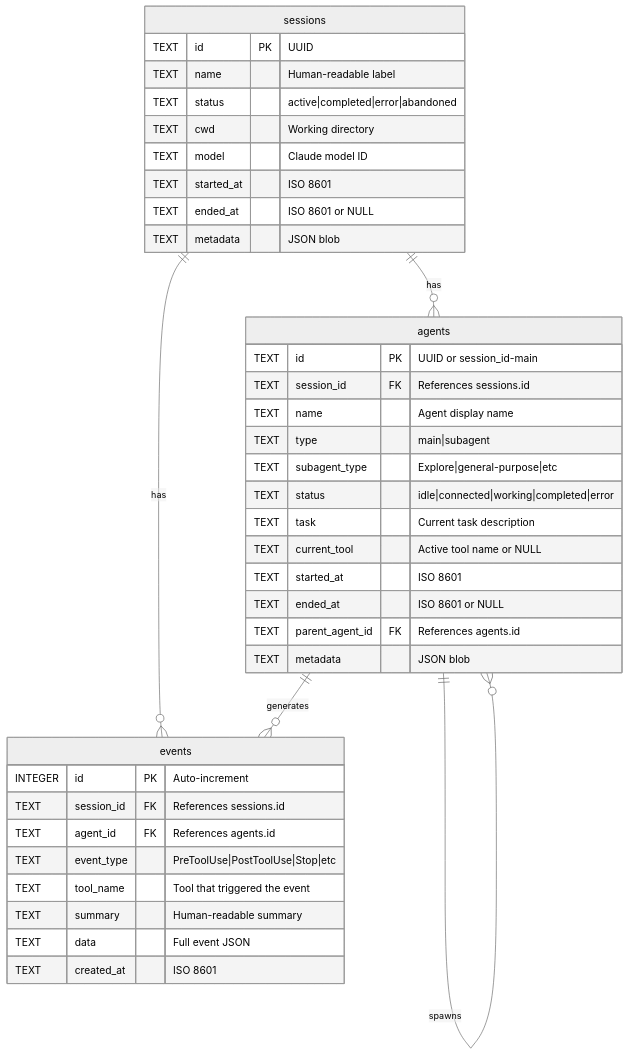
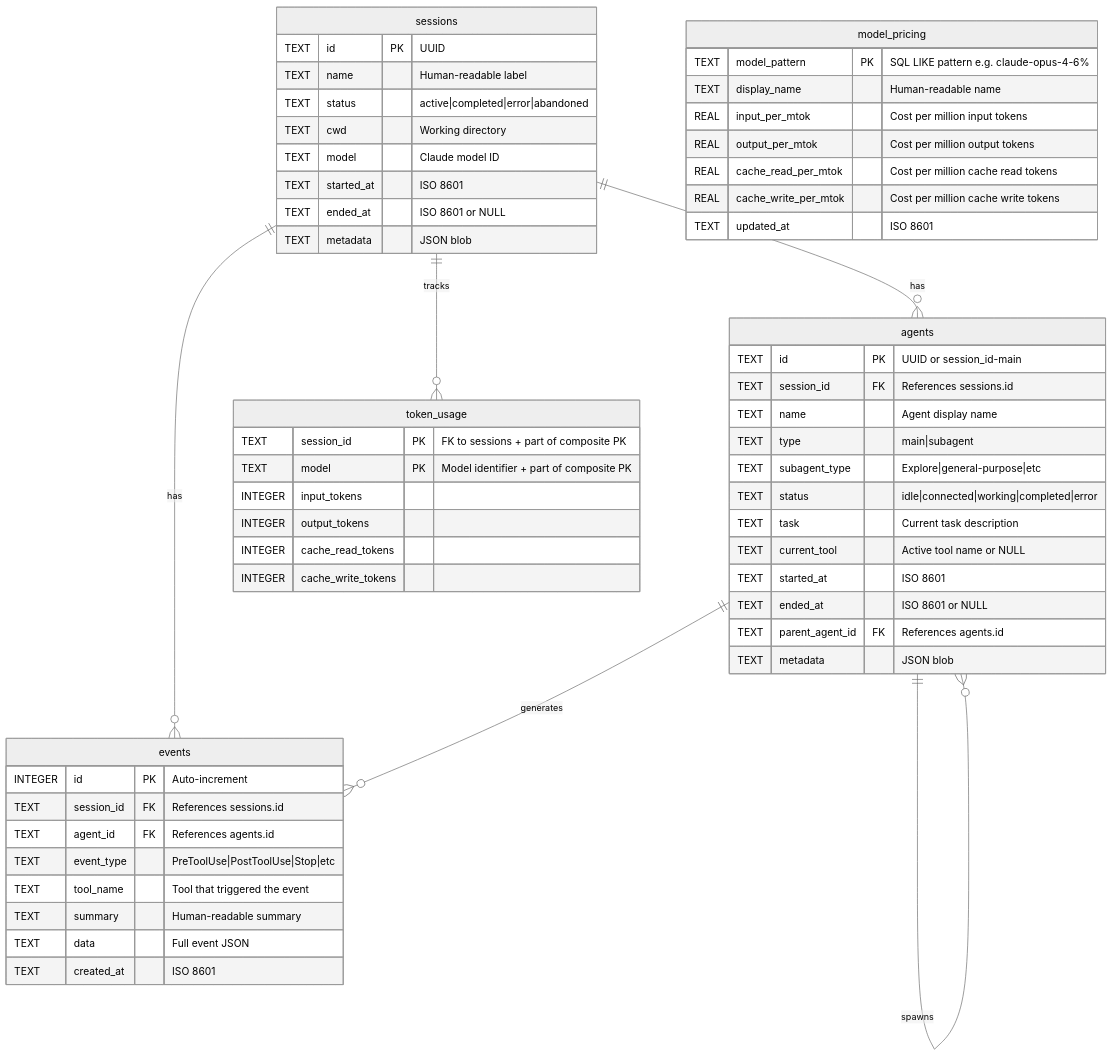
Before and after one commit to mirkanu/gsd-dashboard: the tenth of 19 diagrams in ARCHITECTURE.md, drawn with Mermaid (neutral theme). The commit also changed other lines of this file and 4 other files, not shown here.

First line of the commit message:
Update project docs to reflect cost tracking, pricing API, and settings page

````diff
--- a/ARCHITECTURE.md
+++ b/ARCHITECTURE.md
@@ -386,44 +403,64 @@
 ```mermaid
 erDiagram
     sessions ||--o{ agents : has
     sessions ||--o{ events : has
+    sessions ||--o{ token_usage : tracks
     agents ||--o{ events : generates
     agents ||--o{ agents : spawns
 
     sessions {
         TEXT id PK "UUID"
         TEXT name "Human-readable label"
         TEXT status "active|completed|error|abandoned"
         TEXT cwd "Working directory"
         TEXT model "Claude model ID"
         TEXT started_at "ISO 8601"
         TEXT ended_at "ISO 8601 or NULL"
         TEXT metadata "JSON blob"
     }
 
     agents {
         TEXT id PK "UUID or session_id-main"
         TEXT session_id FK "References sessions.id"
         TEXT name "Agent display name"
         TEXT type "main|subagent"
         TEXT subagent_type "Explore|general-purpose|etc"
         TEXT status "idle|connected|working|completed|error"
         TEXT task "Current task description"
         TEXT current_tool "Active tool name or NULL"
         TEXT started_at "ISO 8601"
         TEXT ended_at "ISO 8601 or NULL"
         TEXT parent_agent_id FK "References agents.id"
         TEXT metadata "JSON blob"
     }
 
     events {
         INTEGER id PK "Auto-increment"
         TEXT session_id FK "References sessions.id"
         TEXT agent_id FK "References agents.id"
         TEXT event_type "PreToolUse|PostToolUse|Stop|etc"
         TEXT tool_name "Tool that triggered the event"
         TEXT summary "Human-readable summary"
         TEXT data "Full event JSON"
         TEXT created_at "ISO 8601"
     }
+
+    token_usage {
+        TEXT session_id PK "FK to sessions + part of composite PK"
+        TEXT model PK "Model identifier + part of composite PK"
+        INTEGER input_tokens
+        INTEGER output_tokens
+        INTEGER cache_read_tokens
+        INTEGER cache_write_tokens
+    }
+
+    model_pricing {
+        TEXT model_pattern PK "SQL LIKE pattern e.g. claude-opus-4-6%"
+        TEXT display_name "Human-readable name"
+        REAL input_per_mtok "Cost per million input tokens"
+        REAL output_per_mtok "Cost per million output tokens"
+        REAL cache_read_per_mtok "Cost per million cache read tokens"
+        REAL cache_write_per_mtok "Cost per million cache write tokens"
+        TEXT updated_at "ISO 8601"
+    }
 ```
````
